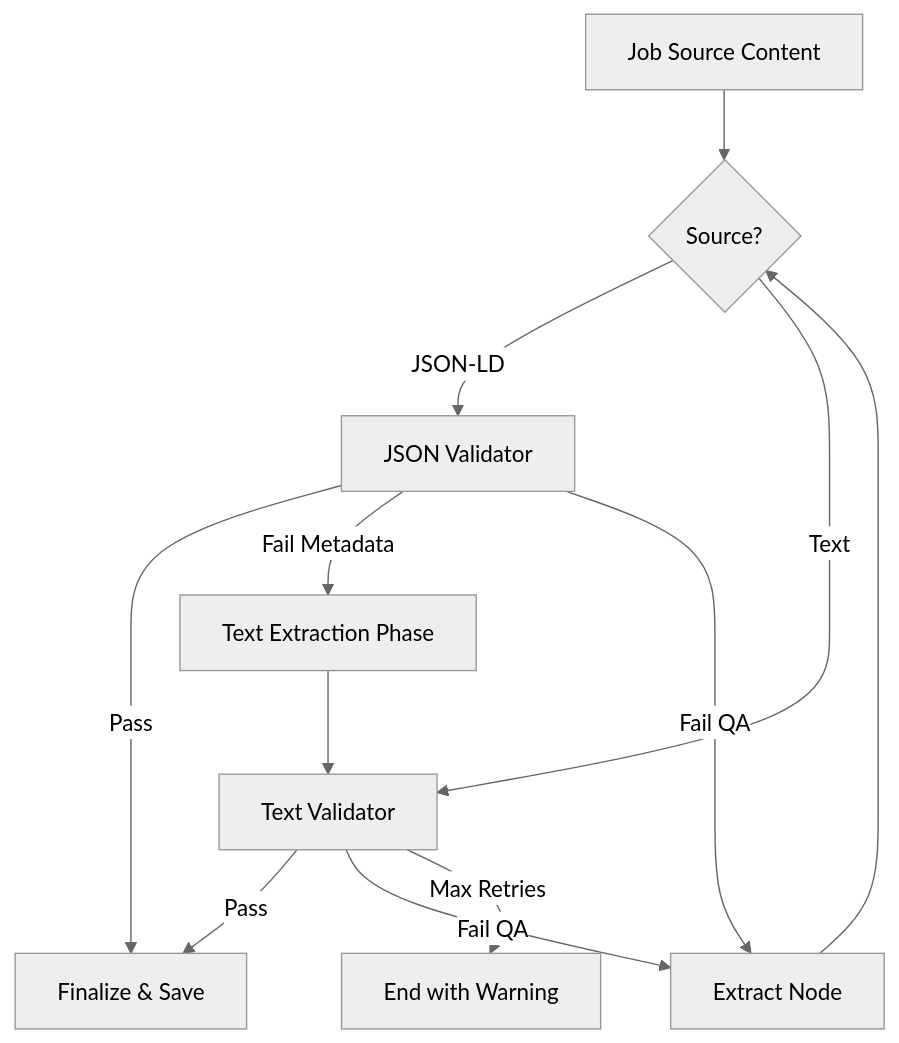
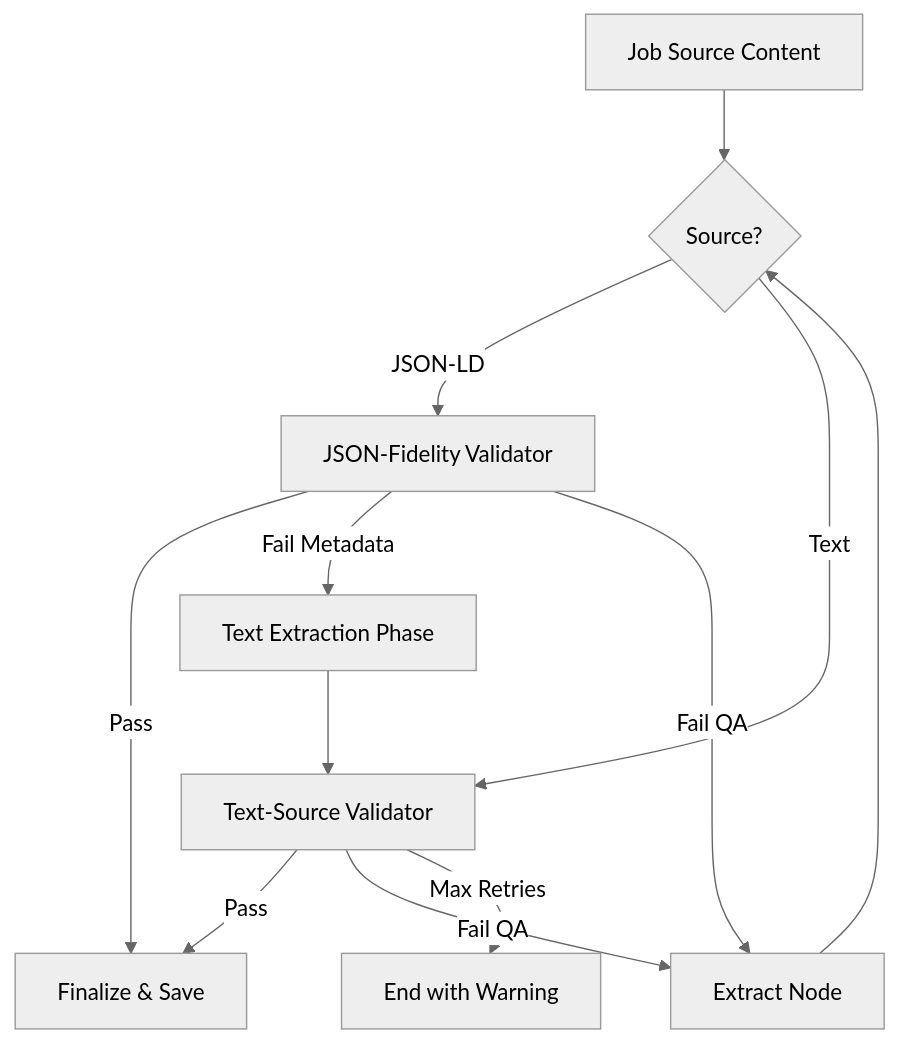
One commit to yicheinchang/lard changed the first of 2 diagrams in backend/README.md. Above: the diagram before and after it, drawn with Mermaid (neutral theme). The commit also changed other lines of this file and 8 other files, not shown here.

````diff
--- a/backend/README.md
+++ b/backend/README.md
@@ -65,20 +65,20 @@
 ```mermaid
 graph TD
     Source["Job Source Content"] --> Mode{"Initial Path?"}
     
     
     
     Extract[Extract Node] --> Mode{Source?}
-    Mode -- JSON-LD --> JSONVal[JSON Validator]
-    Mode -- Text --> TextVal[Text Validator]
+    Mode -- JSON-LD --> JSONVal[JSON-Fidelity Validator]
+    Mode -- Text --> TextVal[Text-Source Validator]
     
     JSONVal -- Pass --> END
     JSONVal -- Fail Metadata --> TextExt[Text Extraction Phase] --> TextVal
     JSONVal -- Fail QA --> Extract
     
     TextVal -- Pass --> END
     TextVal -- Fail QA --> Extract
     TextVal -- Max Retries --> WARN[End with Warning]
     
     END[Finalize & Save]
 ```
````
